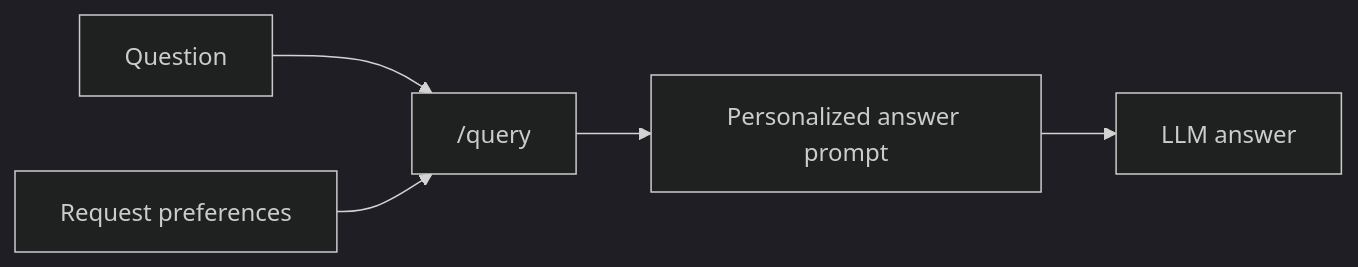
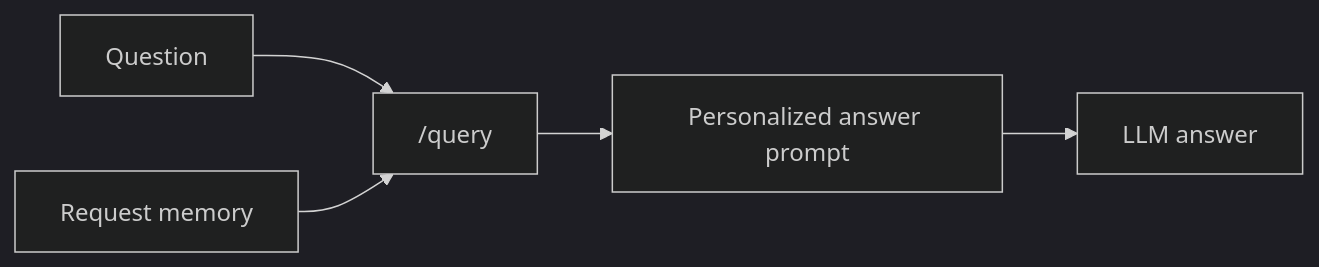
The first of 2 diagrams in documentation/personalization-memory.md (Piyushmittal2192/rag_frameworks), drawn with Mermaid (dark theme) before and after one commit. The commit also changed other lines of this file and 11 other files, not shown here.

````diff
--- a/documentation/personalization-memory.md
+++ b/documentation/personalization-memory.md
@@ -13,7 +23,7 @@
 ```mermaid
 flowchart LR
     Q["Question"] --> API["/query"]
-    P["Request preferences"] --> API
+    P["Request memory"] --> API
     API --> Prompt["Personalized answer prompt"]
     Prompt --> LLM["LLM answer"]
 ```
````
